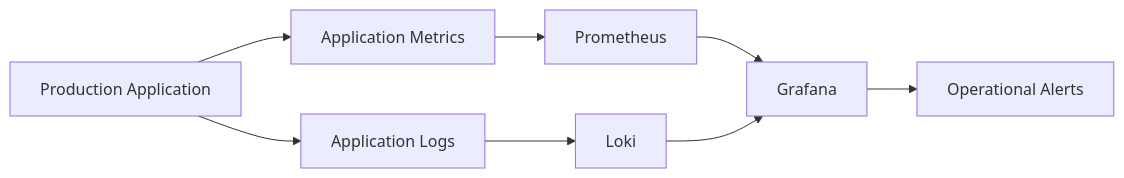
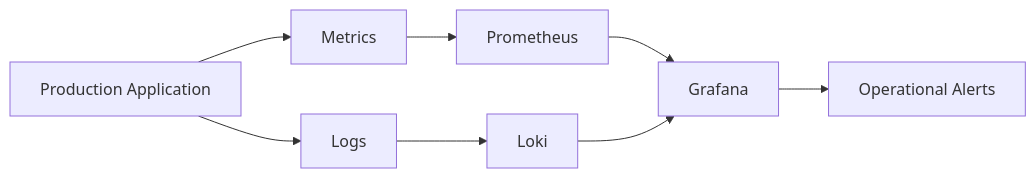
Before and after one commit to hammadqureshi31/innova360-production-engineering: the sixth of 6 diagrams in README.md, drawn with Mermaid. The commit also changed other lines of this file, not shown here.

````diff
--- a/README.md
+++ b/README.md
@@ -911,23 +374,7 @@
-```mermaid id="x6y2mb"
+```mermaid
 flowchart LR
-    App["Production Application"]
-
-    Metrics["Application Metrics"]
-    Logs["Application Logs"]
-
-    Prometheus["Prometheus"]
-    Loki["Loki"]
-    Grafana["Grafana"]
-    Alerts["Operational Alerts"]
-
-    App --> Metrics
-    App --> Logs
-
-    Metrics --> Prometheus
-    Logs --> Loki
-
-    Prometheus --> Grafana
+    App["Production Application"] --> Metrics["Metrics"] --> Prometheus
+    App --> Logs["Logs"] --> Loki
+    Prometheus --> Grafana --> Alerts["Operational Alerts"]
     Loki --> Grafana
-
-    Grafana --> Alerts
 ```
````
